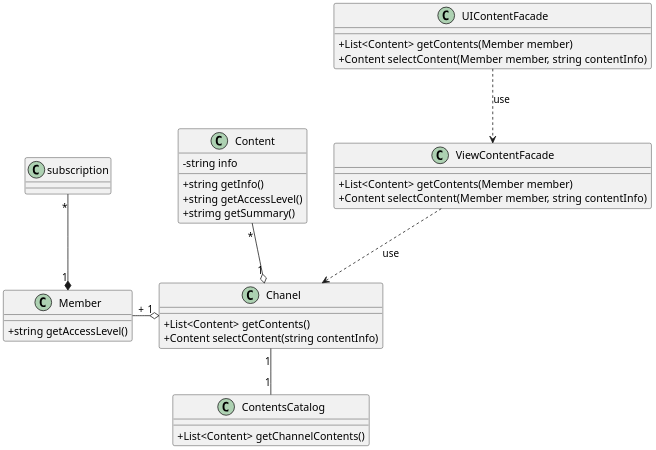
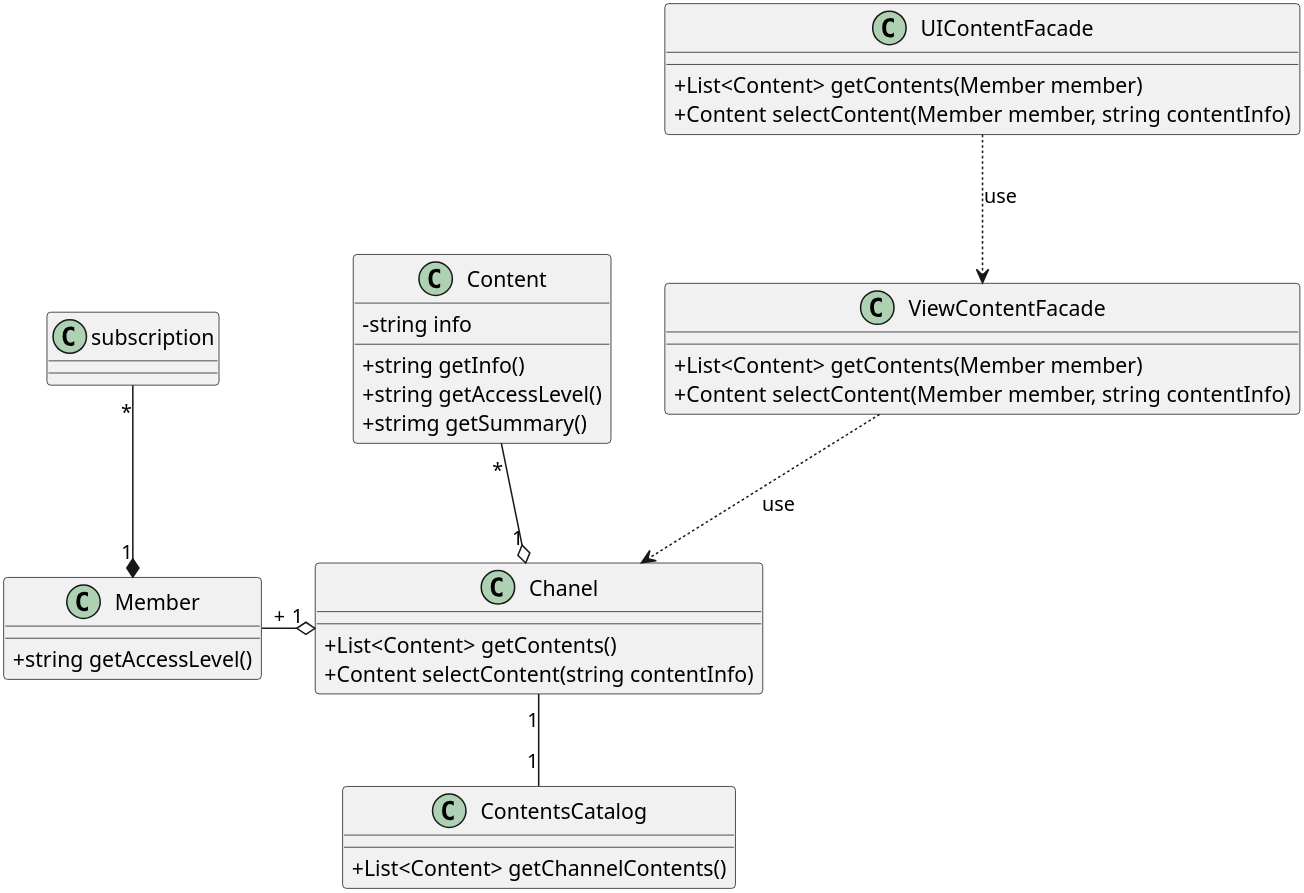
Before and after one commit to soleyman79/Qasedak: the diagram in Diagrams/Design Class/SeeContent.puml, drawn with PlantUML. The commit also changed 18 other files, not shown here.

```diff
--- a/Diagrams/Design Class/SeeContent.puml
+++ b/Diagrams/Design Class/SeeContent.puml
@@ -1,46 +1,47 @@
 @startuml see_content
 
-scale 2
-skinparam DefaultFontName B Nazanin
+
+scale 4
+skinparam DefaultFontName Vazir
 skinparam classAttributeIconSize 0
 
 
 class "Content" as content {
     -string info
     +string getInfo()
     +string getAccessLevel()
     +strimg getSummary()
 }
 
 class "Chanel" as chanel {
     +List<Content> getContents()
     +Content selectContent(string contentInfo)
 }
 
 class "Member" as member {
     +string getAccessLevel()
 }
 
 class UIContentFacade {
     +List<Content> getContents(Member member)
     +Content selectContent(Member member, string contentInfo)
 }
 
 class ViewContentFacade {
     +List<Content> getContents(Member member)
     +Content selectContent(Member member, string contentInfo)
 }
 
 class ContentsCatalog {
     +List<Content> getChannelContents()
 }
 
 content "*" --o "1" chanel
 chanel "1" o-left- "+" member
 subscription "*" --* "1" member
 chanel "1" -- "1" ContentsCatalog
 UIContentFacade ..> ViewContentFacade :use
 ViewContentFacade ..> chanel :use
 
 
 @enduml
```
